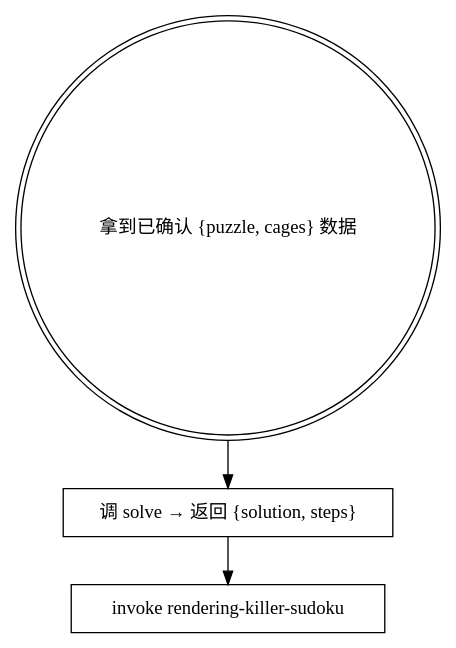
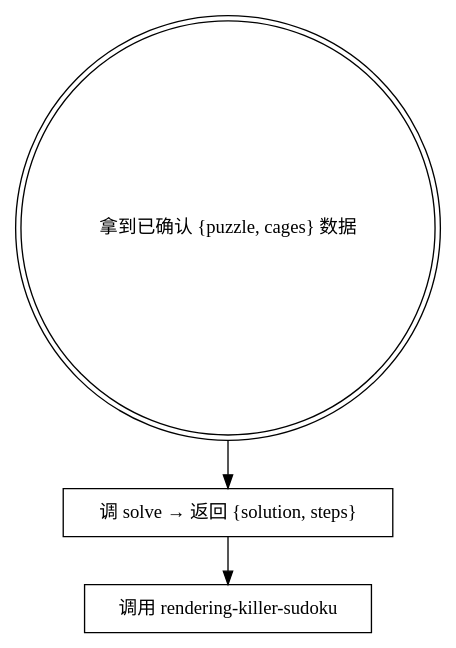
The diagram in packages/killer-sudoku/skills/solving-killer-sudoku/SKILL.md (HakurouKen/puzzle-solver), drawn with Graphviz before and after one commit. The commit also changed other lines of this file and 41 other files, not shown here.

````diff
--- a/packages/killer-sudoku/skills/solving-killer-sudoku/SKILL.md
+++ b/packages/killer-sudoku/skills/solving-killer-sudoku/SKILL.md
@@ -12,9 +12,9 @@
 ```dot
 digraph flow {
     "拿到已确认 {puzzle, cages} 数据" [shape=doublecircle];
     "调 solve → 返回 {solution, steps}" [shape=box];
-    "invoke rendering-killer-sudoku" [shape=box];
+    "调用 rendering-killer-sudoku" [shape=box];
     "拿到已确认 {puzzle, cages} 数据" -> "调 solve → 返回 {solution, steps}"
-        -> "invoke rendering-killer-sudoku";
+        -> "调用 rendering-killer-sudoku";
 }
 ```
````
